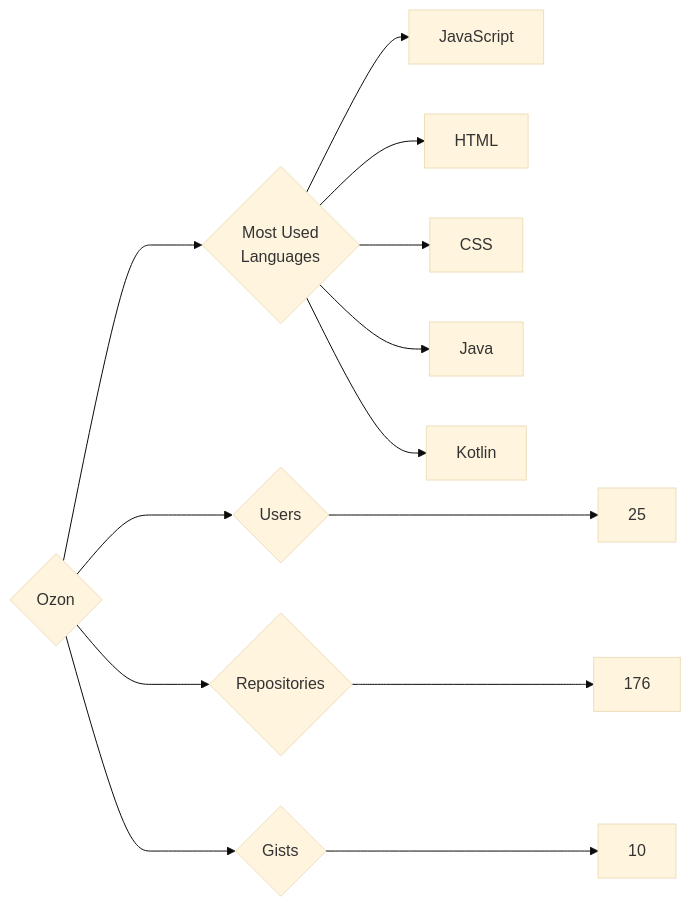
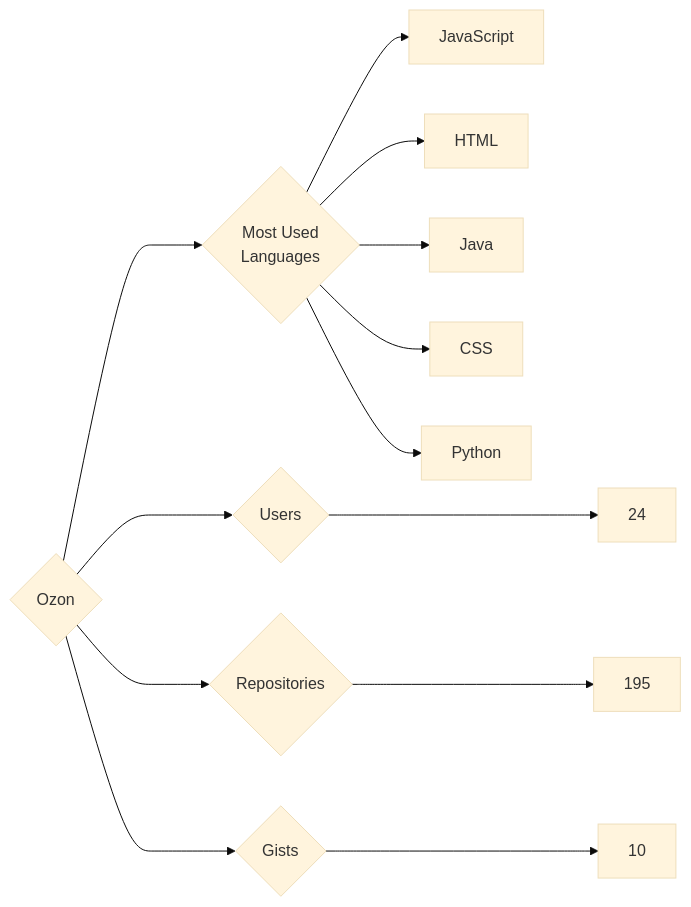
One commit to trickest/insiders changed the diagram in targets/Ozon/README.md. Above: the diagram before and after it, drawn with Mermaid (base theme). The commit also changed 851 other files, not shown here.

````diff
--- a/targets/Ozon/README.md
+++ b/targets/Ozon/README.md
@@ -3,13 +3,13 @@
 ```mermaid
 graph LR
 COMPANY_NAME{Ozon}
-COMPANY_NAME ---> U{Users} ---> UN[25]
-COMPANY_NAME ---> R{Repositories} ---> RN[176]
+COMPANY_NAME ---> U{Users} ---> UN[24]
+COMPANY_NAME ---> R{Repositories} ---> RN[195]
 COMPANY_NAME ---> G{Gists} ---> GN[10]
 COMPANY_NAME ---> ML{Most Used<br>Languages}
 ML --> JavaScript[JavaScript]
 ML --> HTML[HTML]
+ML --> Java[Java]
 ML --> CSS[CSS]
-ML --> Java[Java]
-ML --> Kotlin[Kotlin]
+ML --> Python[Python]
 ```
````
